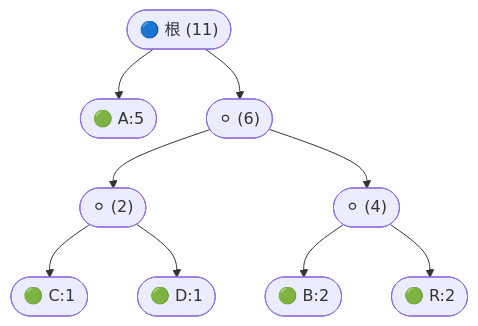
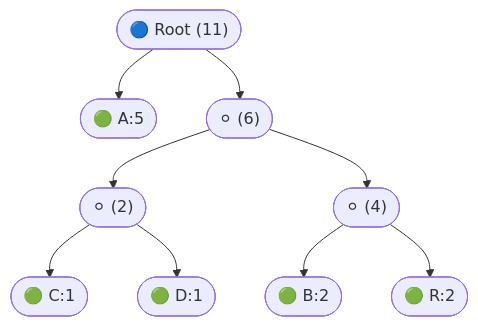
The second of 3 diagrams in src/content/technology/huffman-tree.md (HONGLEI111/hhlblog-global), drawn with Mermaid before and after one commit. The commit also changed other lines of this file and 33 other files, not shown here.

First line of the commit message:
content(code): 翻译 mermaid 图节点标签（34 文件 / 267 处）

````diff
--- a/src/content/technology/huffman-tree.md
+++ b/src/content/technology/huffman-tree.md
@@ -53,11 +53,11 @@
 ```mermaid
 graph TD
-    Root(["🔵 根 (11)"]) --> A(["🟢 A:5"])
+    Root(["🔵 Root (11)"]) --> A(["🟢 A:5"])
     Root --> Node6(["⚪ (6)"])
     Node6 --> Node2(["⚪ (2)"])
     Node6 --> Node4(["⚪ (4)"])
     Node2 --> C(["🟢 C:1"])
     Node2 --> D(["🟢 D:1"])
     Node4 --> B(["🟢 B:2"])
     Node4 --> R(["🟢 R:2"])
 ```
````
